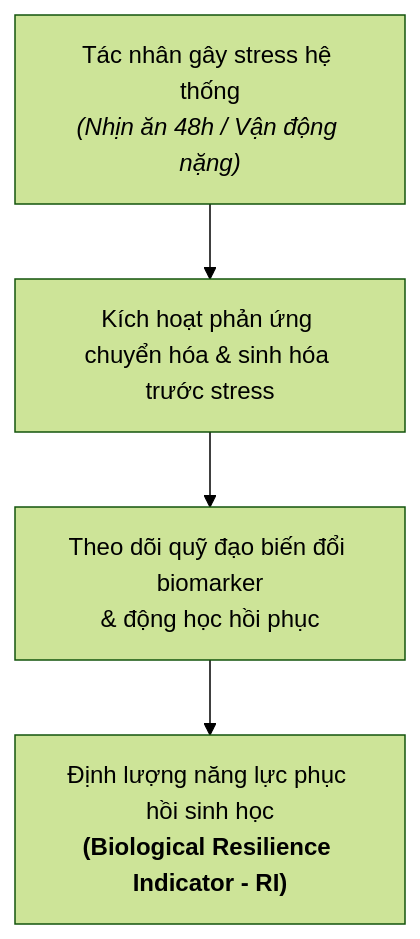
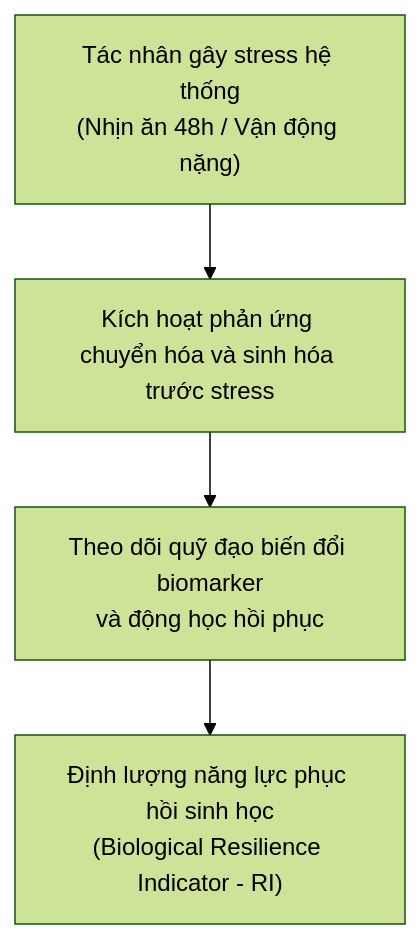
Before and after one commit to justinkaxau/mercury: the first of 2 diagrams in content/Nghiên cứu DELTA/Nghiên cứu DELTA - Bài 2. Bức tranh động học biomarker và năng lực phục hồi sinh học.md, drawn with Mermaid (forest theme). The commit also changed other lines of this file and 5 other files, not shown here.

````diff
--- a/content/Nghiên cứu DELTA/Nghiên cứu DELTA - Bài 2. Bức tranh động học biomarker và năng lực phục hồi sinh học.md
+++ b/content/Nghiên cứu DELTA/Nghiên cứu DELTA - Bài 2. Bức tranh động học biomarker và năng lực phục hồi sinh học.md
@@ -13,6 +14,6 @@
 ```mermaid
 flowchart TD
-    A["Tác nhân gây stress hệ thống<br><i>(Nhịn ăn 48h / Vận động nặng)</i>"] --> B["Kích hoạt phản ứng chuyển hóa & sinh hóa trước stress"]
-    B --> C["Theo dõi quỹ đạo biến đổi biomarker<br>& động học hồi phục"]
-    C --> D["Định lượng năng lực phục hồi sinh học<br><b>(Biological Resilience Indicator - RI)</b>"]
+    A["Tác nhân gây stress hệ thống<br/>(Nhịn ăn 48h / Vận động nặng)"] --> B["Kích hoạt phản ứng chuyển hóa và sinh hóa trước stress"]
+    B --> C["Theo dõi quỹ đạo biến đổi biomarker<br/>và động học hồi phục"]
+    C --> D["Định lượng năng lực phục hồi sinh học<br/>(Biological Resilience Indicator - RI)"]
 ```
````
